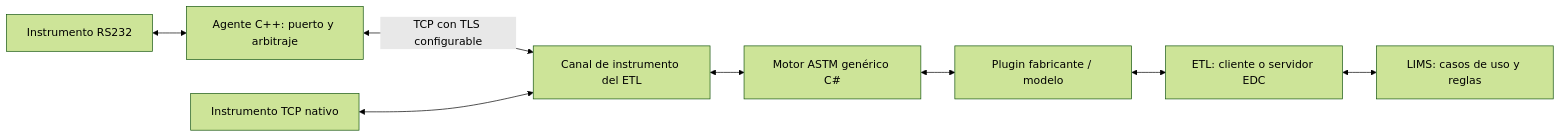
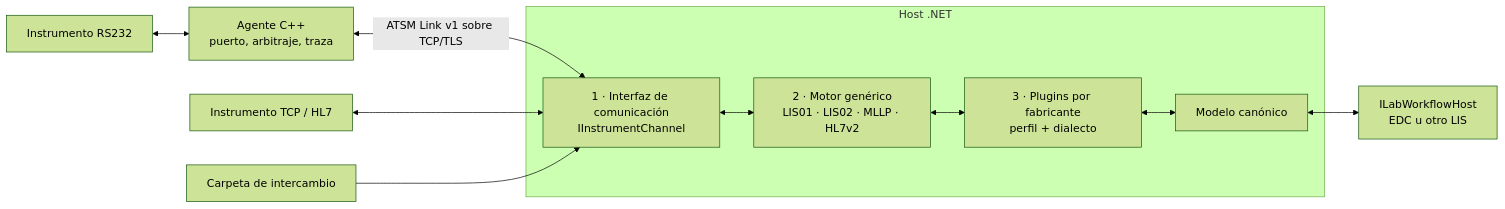
One commit to kalyx-ar/ASTM changed the diagram in Documentacion/README.md. Above: the diagram before and after it, drawn with Mermaid (forest theme). The commit also changed other lines of this file and 12 other files, not shown here.

First line of the commit message:
docs: propuesta de interfaz, motor genérico y plugins ATSM

````diff
--- a/Documentacion/README.md
+++ b/Documentacion/README.md
@@ -11,10 +11,13 @@
 ```mermaid
 flowchart LR
-    S[Instrumento RS232] <--> G[Agente C++: puerto y arbitraje]
-    G <-->|TCP con TLS configurable| C[Canal de instrumento del ETL]
-    N[Instrumento TCP nativo] <--> C
-    C <--> A[Motor ASTM genérico C#]
-    A <--> P[Plugin fabricante / modelo]
-    P <--> E[ETL: cliente o servidor EDC]
-    E <--> L[LIMS: casos de uso y reglas]
+    S[Instrumento RS232] <--> G[Agente C++<br/>puerto, arbitraje, traza]
+    G <-->|ATSM Link v1 sobre TCP/TLS| C
+    N[Instrumento TCP / HL7] <--> C
+    F[Carpeta de intercambio] --> C
+    subgraph Host .NET
+      C[1 · Interfaz de comunicación<br/>IInstrumentChannel] <--> M[2 · Motor genérico<br/>LIS01 · LIS02 · MLLP · HL7v2]
+      M <--> P[3 · Plugins por fabricante<br/>perfil + dialecto]
+      P <--> K[Modelo canónico]
+    end
+    K <--> H[ILabWorkflowHost<br/>EDC u otro LIS]
 ```
````
